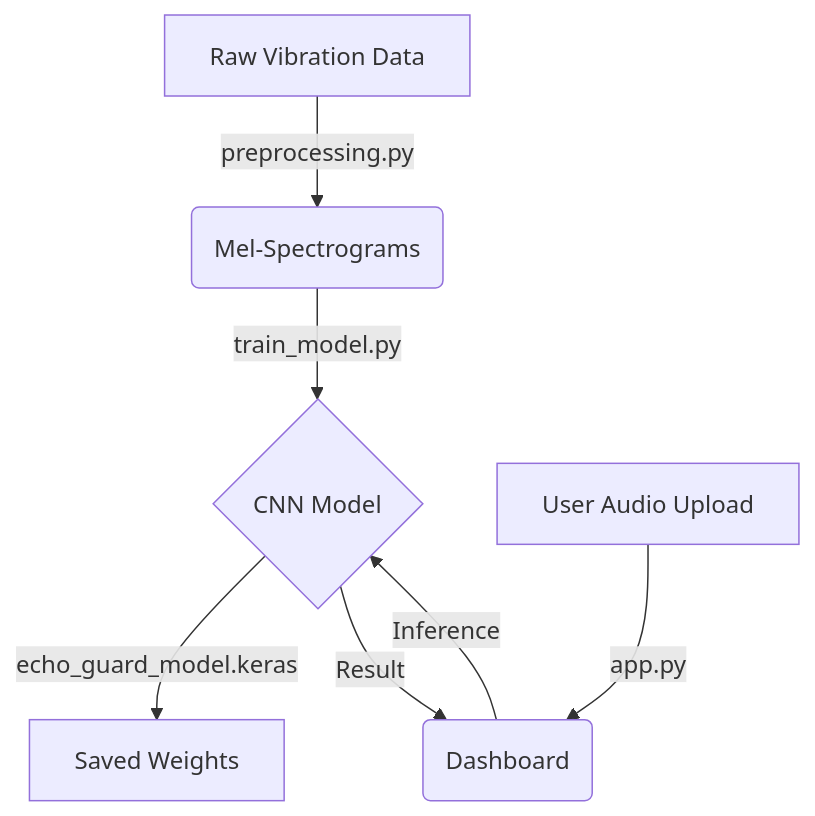
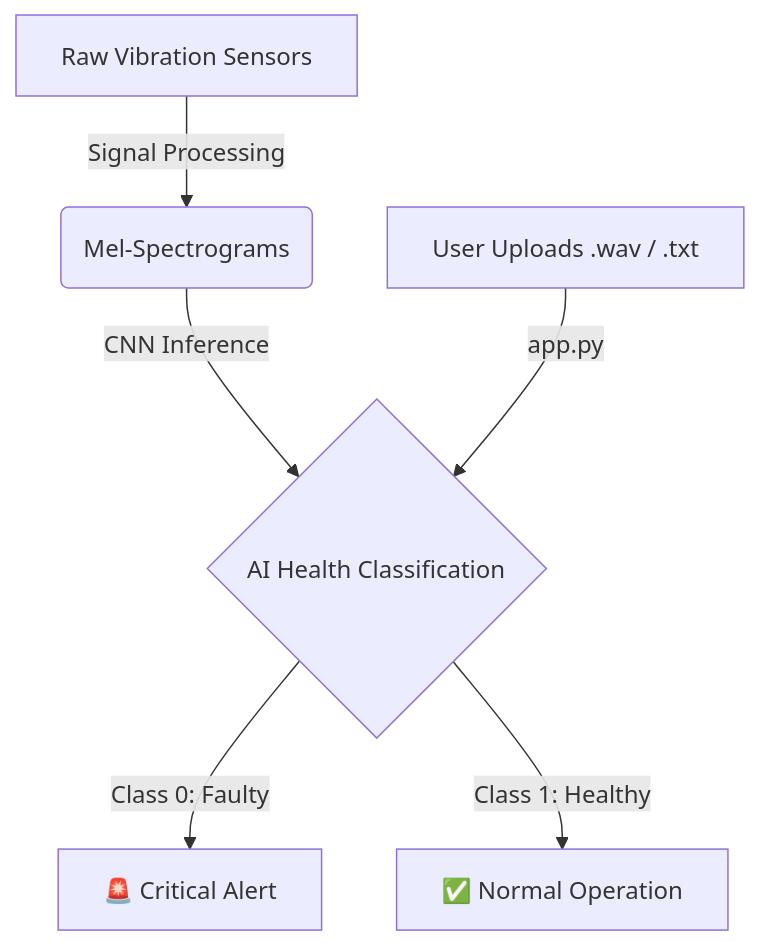
Before and after one commit to sadvik-asus/Echo-Guard-Predictive-Maintenance: the diagram in README.md, drawn with Mermaid. The commit also changed other lines of this file, not shown here.

````diff
--- a/README.md
+++ b/README.md
@@ -10,9 +40,8 @@
 ```mermaid
 graph TD
-    A[Raw Vibration Data] -->|preprocessing.py| B(Mel-Spectrograms)
-    B -->|train_model.py| C{CNN Model}
-    C -->|echo_guard_model.keras| D[Saved Weights]
-    E[User Audio Upload] -->|app.py| F(Dashboard)
-    F -->|Inference| C
-    C -->|Result| F
+    A[Raw Vibration Sensors] -->|Signal Processing| B(Mel-Spectrograms)
+    B -->|CNN Inference| C{AI Health Classification}
+    C -->|Class 0: Faulty| D[🚨 Critical Alert]
+    C -->|Class 1: Healthy| E[✅ Normal Operation]
+    F[User Uploads .wav / .txt] -->|app.py| C
 ```
````
